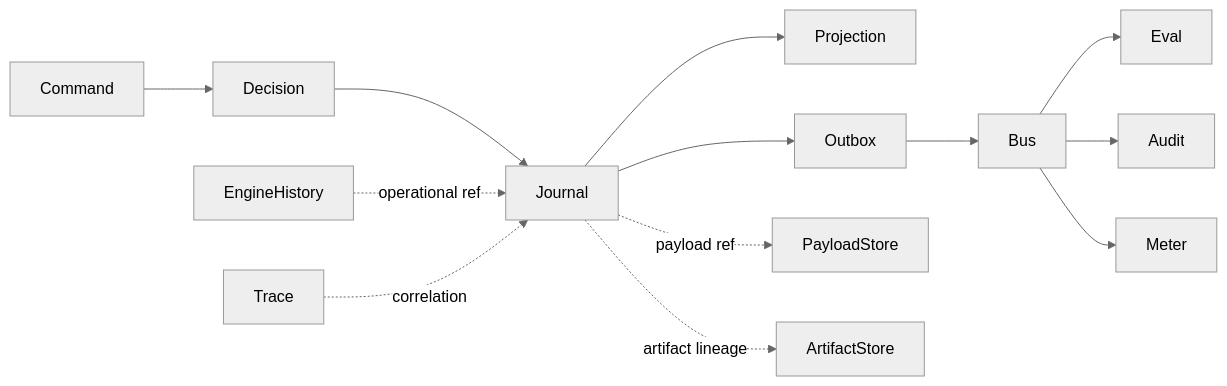
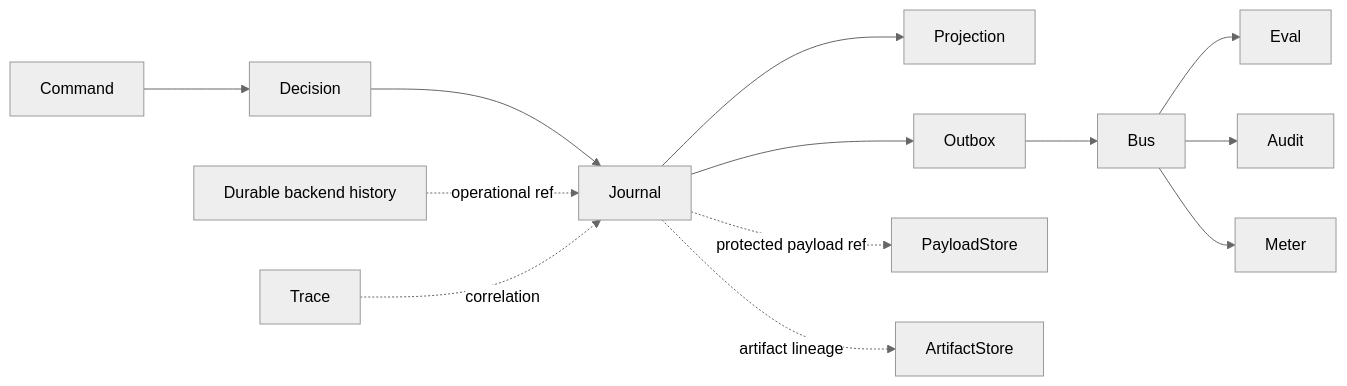
One commit to thaithienvanid/agentic-reference-architecture changed diagram 15 of 15 in diagrams/index.mdx. Above: the diagram before and after it, drawn with Mermaid (neutral theme). The commit also changed other lines of this file, not shown here.

Commit message:
align diagram pack with canonical documentation and runtime model

````diff
--- a/diagrams/index.mdx
+++ b/diagrams/index.mdx
@@ -239,12 +266,12 @@
 ```mermaid
 flowchart LR
   Command --> Decision --> Journal --> Projection
   Journal --> Outbox --> Bus
   Bus --> Eval
   Bus --> Audit
   Bus --> Meter
-  Journal -. payload ref .-> PayloadStore
+  Journal -. protected payload ref .-> PayloadStore
   Journal -. artifact lineage .-> ArtifactStore
-  EngineHistory -. operational ref .-> Journal
+  DurableHistory["Durable backend history"] -. operational ref .-> Journal
   Trace -. correlation .-> Journal
 ```
````
